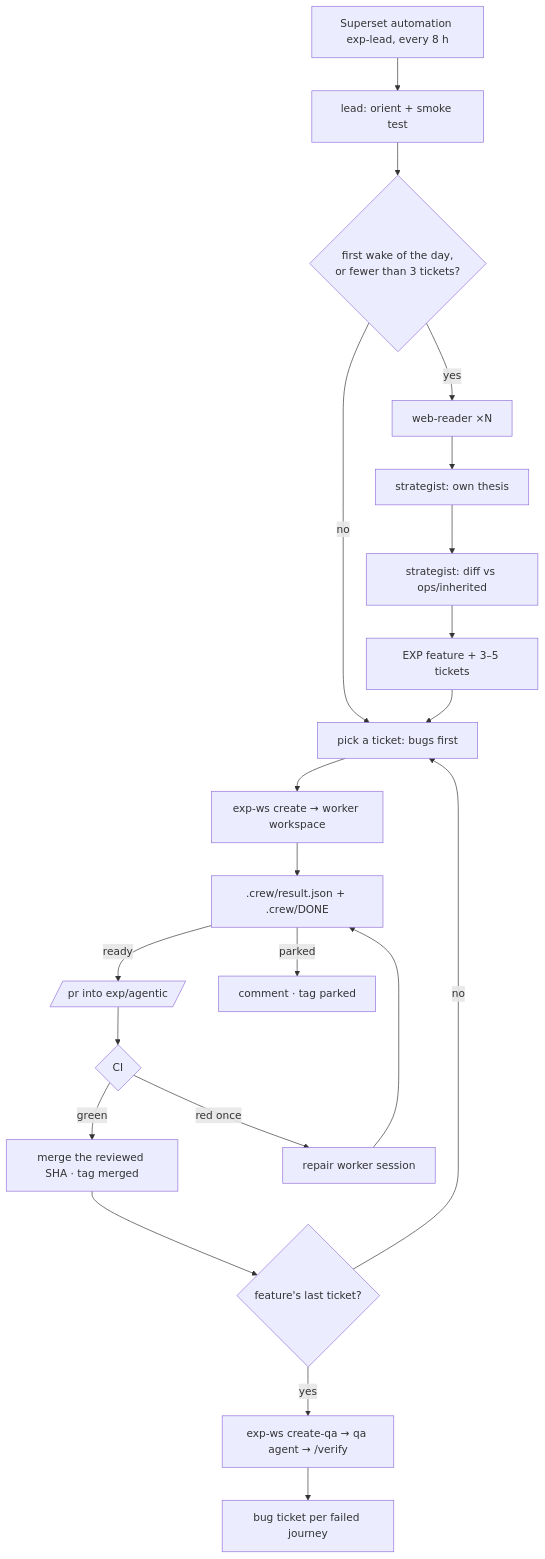
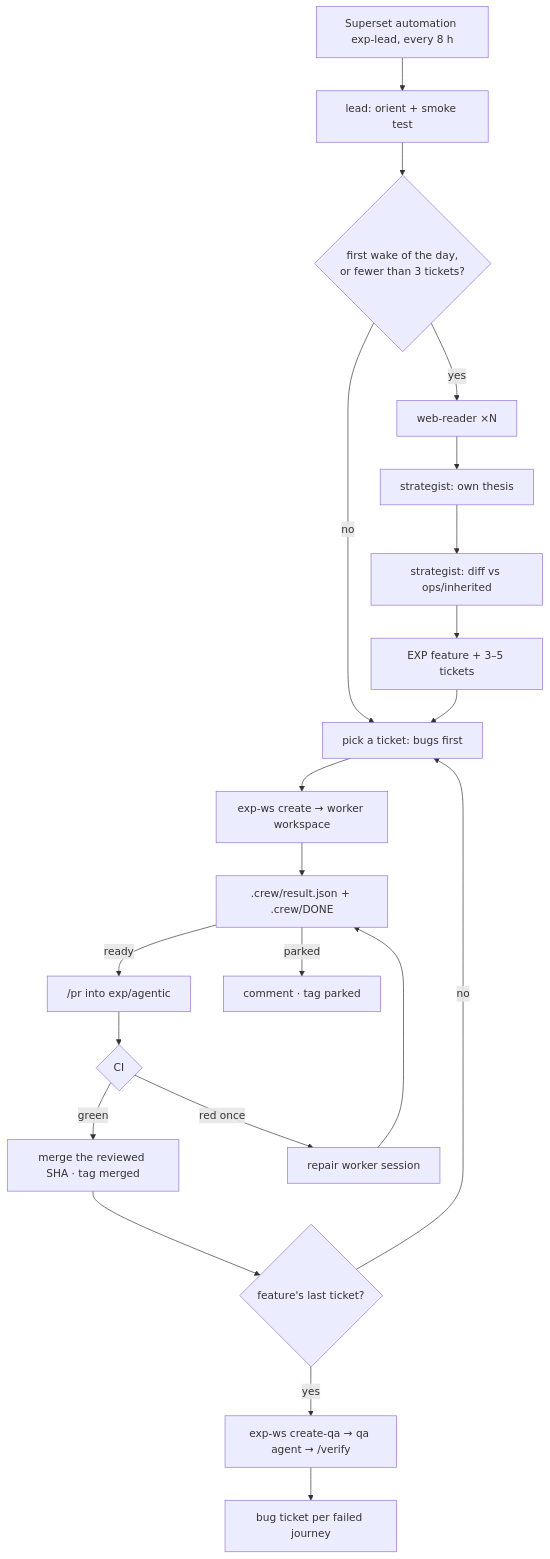
The first of 2 diagrams in .claude/README.md (vpatrin/coupette), drawn with Mermaid before and after one commit. The commit also changed other lines of this file and 7 other files, not shown here.

````diff
--- a/.claude/README.md
+++ b/.claude/README.md
@@ -9,17 +9,17 @@
 ```mermaid
 flowchart TD
     A[Superset automation exp-lead, every 8 h] --> L[lead: orient + smoke test]
     L --> S{first wake of the day,<br/>or fewer than 3 tickets?}
     S -- yes --> R[web-reader ×N] --> T[strategist: own thesis] --> D[strategist: diff vs ops/inherited] --> F[EXP feature + 3–5 tickets]
     S -- no --> P
     F --> P[pick a ticket: bugs first]
     P --> W[exp-ws create → worker workspace]
     W --> DONE[.crew/result.json + .crew/DONE]
-    DONE -- ready --> PR[/pr into exp/agentic/] --> CI{CI}
+    DONE -- ready --> PR["/pr into exp/agentic"] --> CI{CI}
     CI -- green --> M[merge the reviewed SHA · tag merged]
     CI -- red once --> REP[repair worker session] --> DONE
     DONE -- parked --> PK[comment · tag parked]
     M --> Q{feature's last ticket?}
     Q -- yes --> QA[exp-ws create-qa → qa agent → /verify] --> B[bug ticket per failed journey]
     Q -- no --> P
 ```
````
